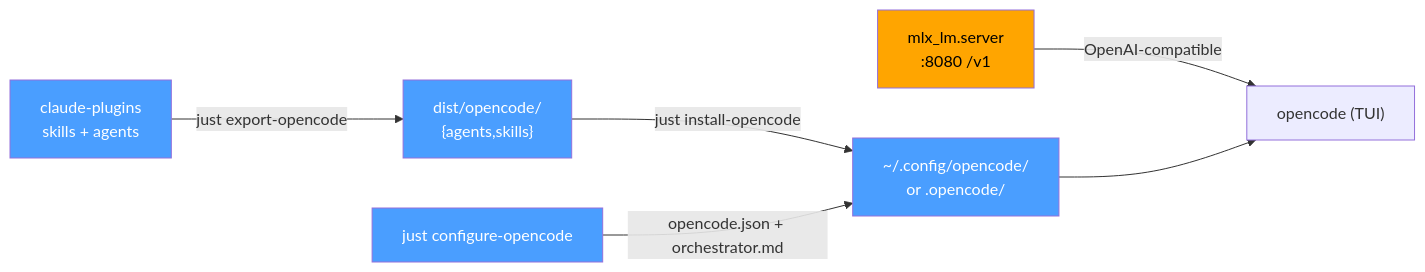
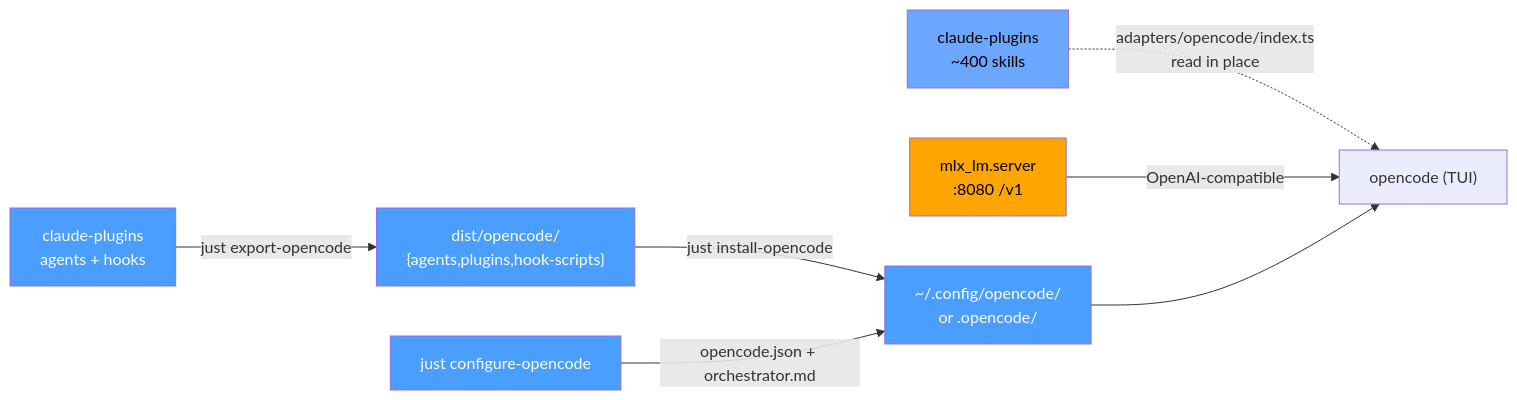
The diagram in docs/opencode-export.md (laurigates/claude-plugins), drawn with Mermaid before and after one commit. The commit also changed other lines of this file and 36 other files, not shown here.

````diff
--- a/docs/opencode-export.md
+++ b/docs/opencode-export.md
@@ -15,12 +26,15 @@
 ```mermaid
 flowchart LR
-    src["claude-plugins<br/>skills + agents"] -->|just export-opencode| dist["dist/opencode/<br/>{agents,skills}"]
+    src["claude-plugins<br/>agents + hooks"] -->|just export-opencode| dist["dist/opencode/<br/>{agents,plugins,hook-scripts}"]
     dist -->|just install-opencode| cfg["~/.config/opencode/<br/>or .opencode/"]
     gen["just configure-opencode"] -->|opencode.json + orchestrator.md| cfg
+    skills["claude-plugins<br/>~400 skills"] -.->|adapters/opencode/index.ts<br/>read in place| oc
     mlx["mlx_lm.server<br/>:8080 /v1"] -->|OpenAI-compatible| oc
     cfg --> oc["opencode (TUI)"]
     classDef step fill:#4a9eff,color:#fff
     classDef serve fill:#ffa500,color:#000
+    classDef adapt fill:#6ba6ff,color:#000
     class src,dist,cfg,gen step
     class mlx serve
+    class skills adapt
 ```
````
